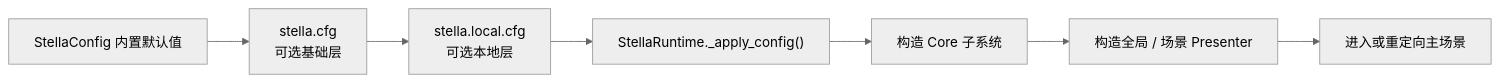
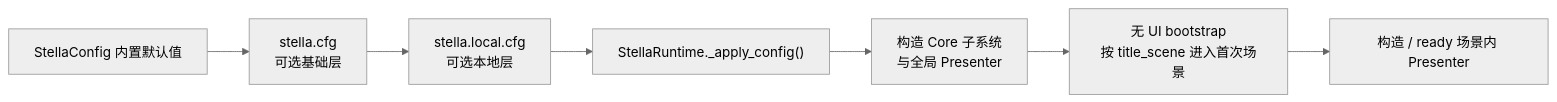
The second of 3 diagrams in docs/ARCHITECTURE.md (butter-stella/stella), drawn with Mermaid (neutral theme) before and after one commit. The commit also changed other lines of this file and 17 other files, not shown here.

````diff
--- a/docs/ARCHITECTURE.md
+++ b/docs/ARCHITECTURE.md
@@ -88,12 +88,12 @@
 ```mermaid
 flowchart LR
     DEFAULTS["StellaConfig 内置默认值"]
     BASE["stella.cfg<br/>可选基础层"]
     LOCAL["stella.local.cfg<br/>可选本地层"]
     APPLY["StellaRuntime._apply_config()"]
-    CORE["构造 Core 子系统"]
-    PRESENTERS["构造全局 / 场景 Presenter"]
-    SCENE["进入或重定向主场景"]
+    CONSUMERS["构造 Core 子系统<br/>与全局 Presenter"]
+    SCENE["无 UI bootstrap<br/>按 title_scene 进入首次场景"]
+    PRESENTERS["构造 / ready 场景内 Presenter"]
 
-    DEFAULTS --> BASE --> LOCAL --> APPLY --> CORE --> PRESENTERS --> SCENE
+    DEFAULTS --> BASE --> LOCAL --> APPLY --> CONSUMERS --> SCENE --> PRESENTERS
 ```
````
